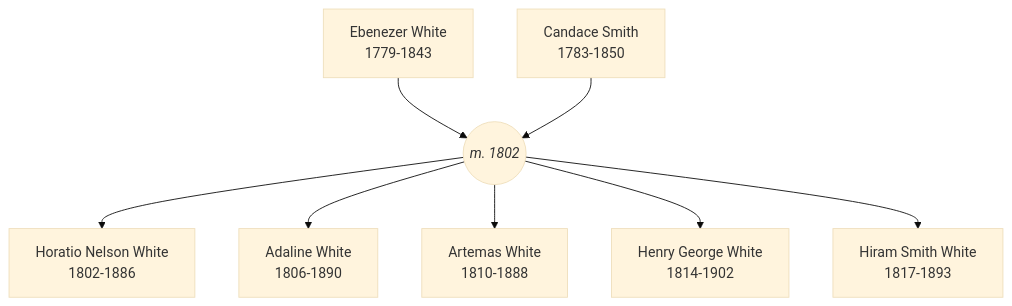
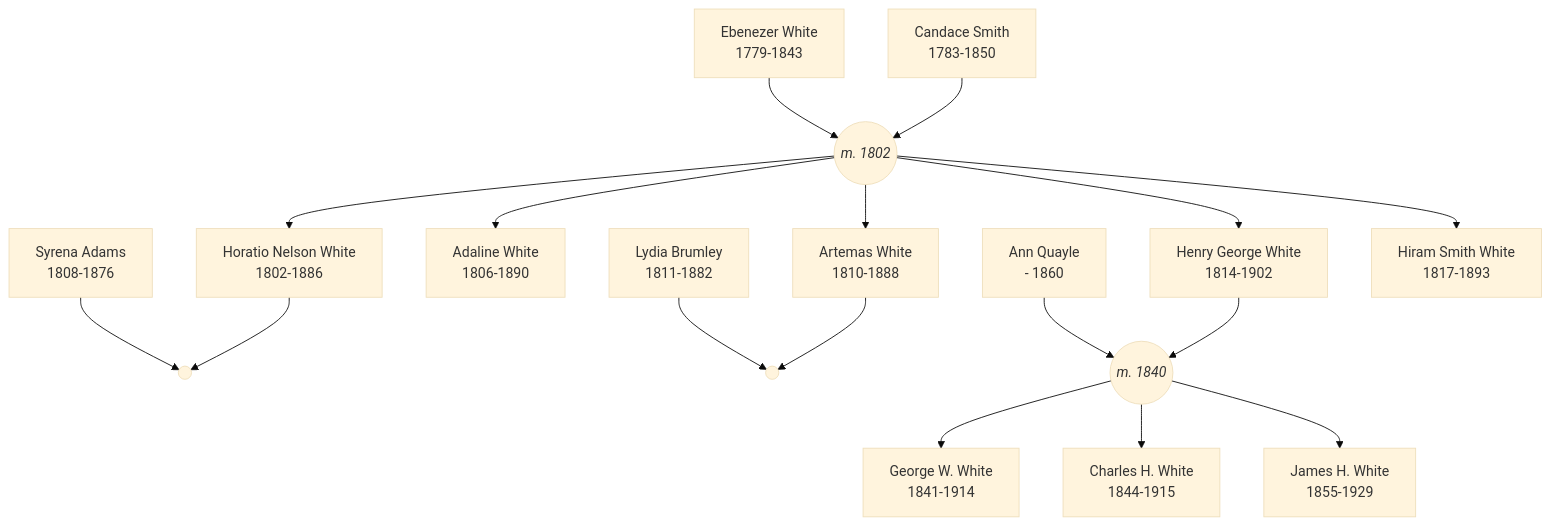
The diagram in posts/DATE-ebenezer-white/index.qmd (neelsmith/avocational), drawn with Mermaid (base theme) before and after one commit. The commit also changed other lines of this file and 23 other files, not shown here.

````diff
--- a/posts/DATE-ebenezer-white/index.qmd
+++ b/posts/DATE-ebenezer-white/index.qmd
@@ -23,22 +23,39 @@
 ```{mermaid}
 graph TD
 
 Ebenezer["Ebenezer White<br/>1779-1843"] --> m1(("m. 1802"))
 Candace["Candace Smith<br/>1783-1850"] --> m1
 
+Syrena["Syrena Adams<br/>1808-1876"] --> m2((" "))
 m1 --> Horatio["Horatio Nelson White<br/>1802-1886"]
+Horatio --> m2
+
+
 
 
 m1 --> Adaline["Adaline White<br/>1806-1890"]
 
 m1 --> Artemas["Artemas White<br/>1810-1888"]
+Lydia["Lydia Brumley<br/>1811-1882"] --> m3((" "))
+Artemas --> m3
 
+AnnQ["Ann Quayle<br/> - 1860"] --> m4(("m. 1840"))
+m1 --> HG["Henry George White<br/>1814-1902"]
+HG --> m4
 
-m1 --> HG["Henry George White<br/>1814-1902"]
+m4 --> GeorgeW["George W. White<br/>1841-1914"]
+m4 --> CharlesH["Charles H. White<br/>1844-1915"]
+
+m4 --> JamesH["James H. White<br/>1855-1929"]
+
 
 m1 --> Hiram["Hiram Smith White<br/>1817-1893"]
 
 
+
+
+
+
 classDef marriage font-style: italic
-class m1 marriage
+class m1,m2,m3,m4 marriage
 ```
````
